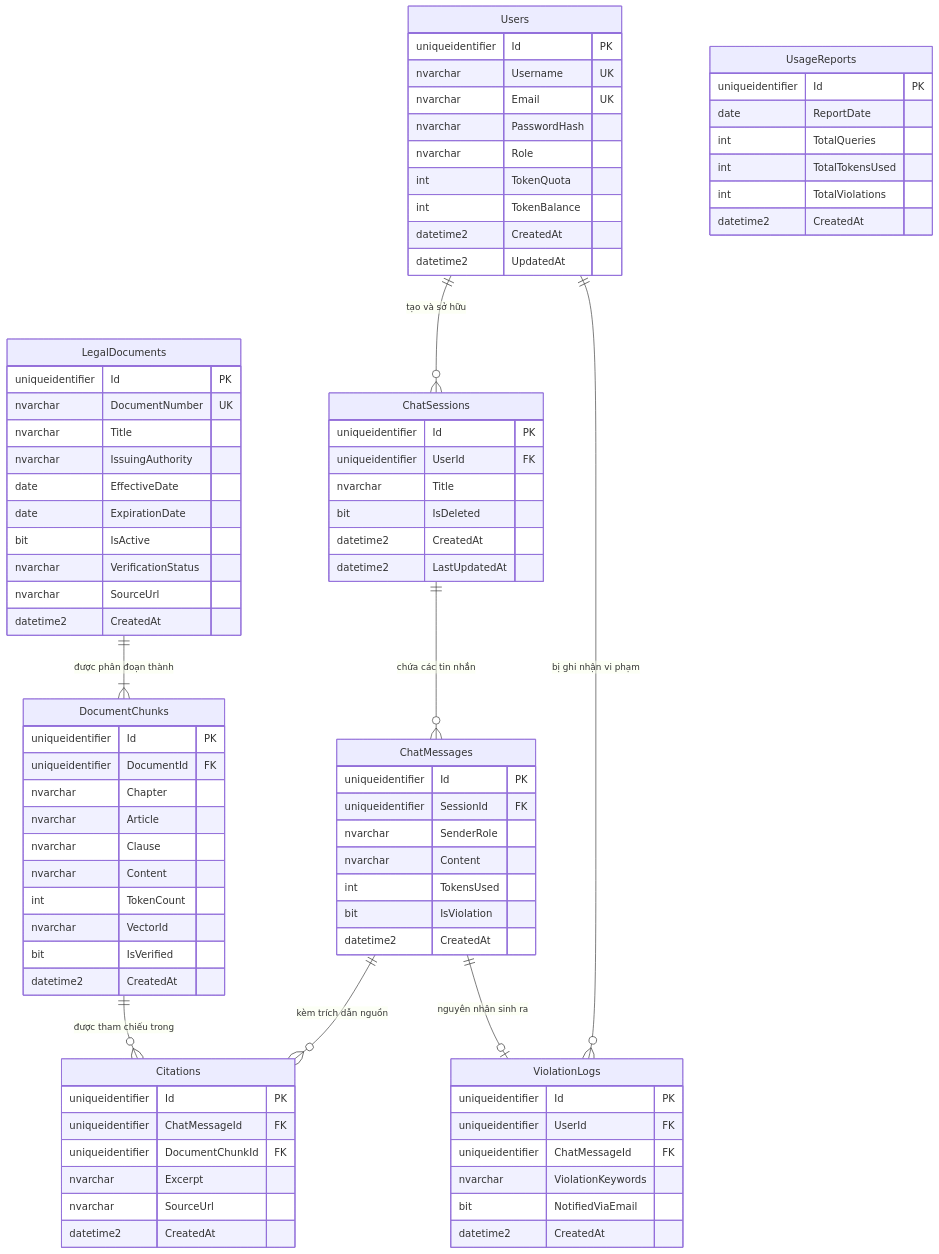
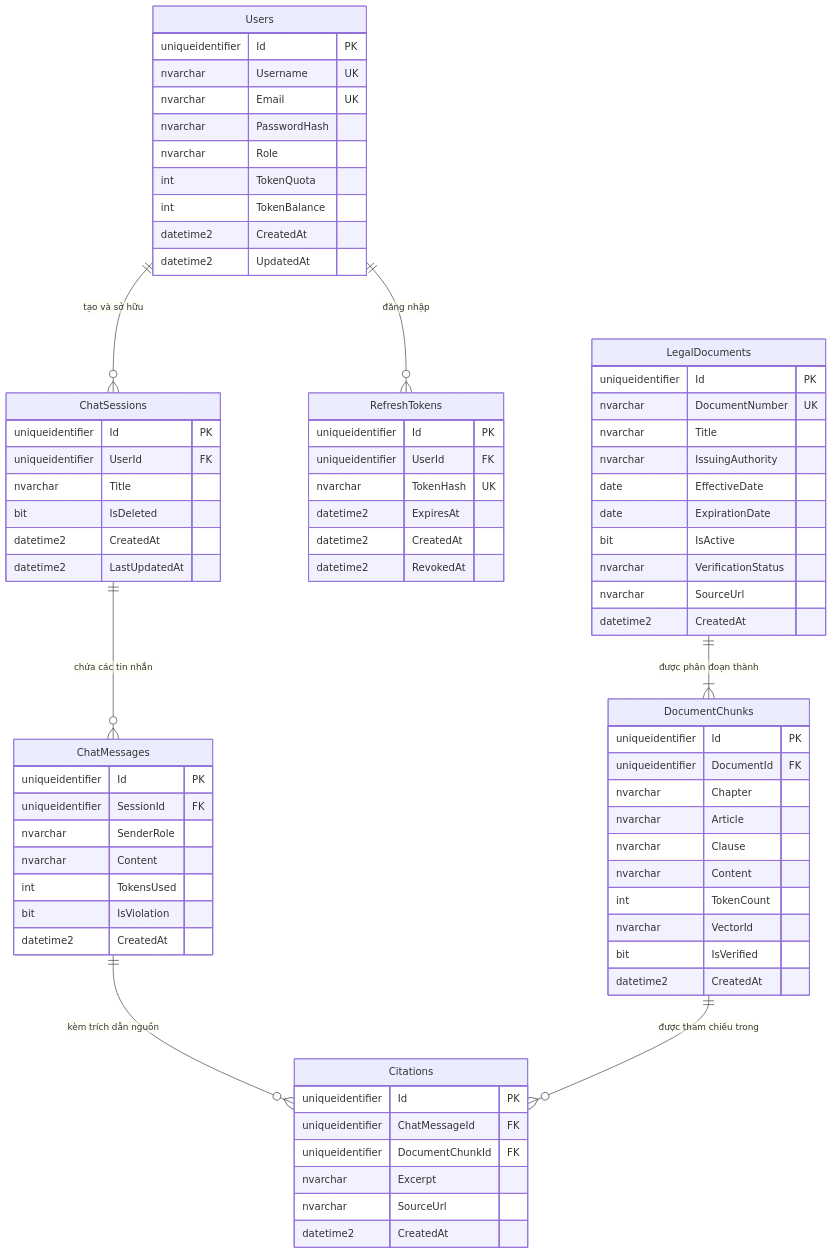
The ninth of 10 diagrams in ARCHITECTURE.md (gnouv-fpt/ChatAIProject), drawn with Mermaid before and after one commit. The commit also changed other lines of this file and 23 other files, not shown here.

````diff
--- a/ARCHITECTURE.md
+++ b/ARCHITECTURE.md
@@ -322,20 +325,19 @@
 ```mermaid
 erDiagram
     Users ||--o{ ChatSessions : "tạo và sở hữu"
-    Users ||--o{ ViolationLogs : "bị ghi nhận vi phạm"
+    Users ||--o{ RefreshTokens : "đăng nhập"
+    RefreshTokens {
+        uniqueidentifier Id PK
+        uniqueidentifier UserId FK
+        nvarchar TokenHash UK
+        datetime2 ExpiresAt
+        datetime2 CreatedAt
+        datetime2 RevokedAt
+    }
     ChatSessions ||--o{ ChatMessages : "chứa các tin nhắn"
     ChatMessages ||--o{ Citations : "kèm trích dẫn nguồn"
-    ChatMessages ||--o| ViolationLogs : "nguyên nhân sinh ra"
     LegalDocuments ||--|{ DocumentChunks : "được phân đoạn thành"
     DocumentChunks ||--o{ Citations : "được tham chiếu trong"
-    UsageReports {
-        uniqueidentifier Id PK
-        date ReportDate
-        int TotalQueries
-        int TotalTokensUsed
-        int TotalViolations
-        datetime2 CreatedAt
-    }
 
     Users {
         uniqueidentifier Id PK
@@ -403,12 +405,4 @@
         datetime2 CreatedAt
     }
 
-    ViolationLogs {
-        uniqueidentifier Id PK
-        uniqueidentifier UserId FK
-        uniqueidentifier ChatMessageId FK
-        nvarchar ViolationKeywords
-        bit NotifiedViaEmail
-        datetime2 CreatedAt
-    }
 ```
````
